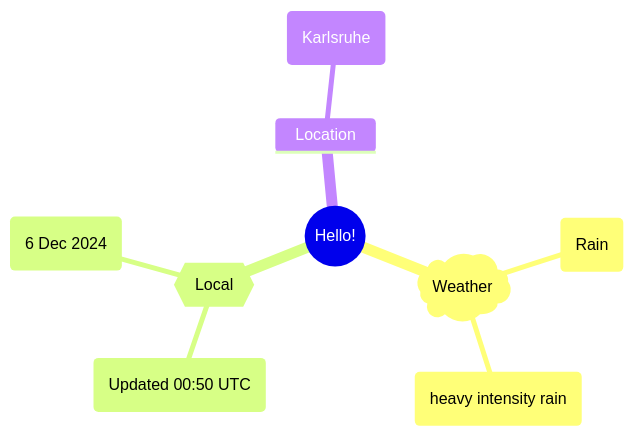
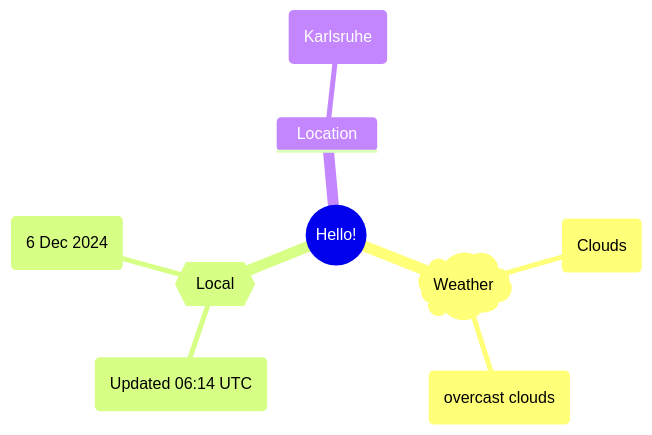
The first of 2 diagrams in README.md (Xosrov/Xosrov), drawn with Mermaid before and after one commit.

Commit message:
[bot] updated images

````diff
--- a/README.md
+++ b/README.md
@@ -3,12 +3,12 @@
 ```mermaid
 mindmap
   root((Hello!))
     )Weather(
-        (Rain)
-        (heavy intensity rain)
+        (Clouds)
+        (overcast clouds)
     {{Local}}
-        (Updated 00:50 UTC)
+        (Updated 06:14 UTC)
         (6 Dec 2024)
     Location
         (Karlsruhe)
 ```
````
